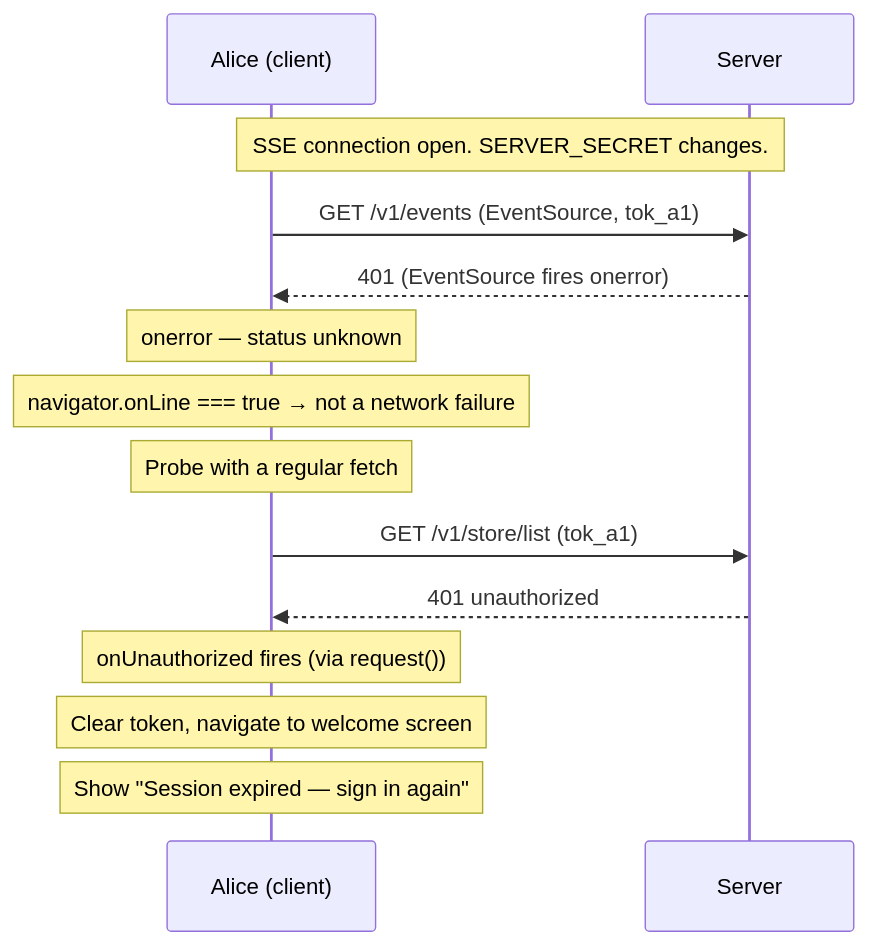
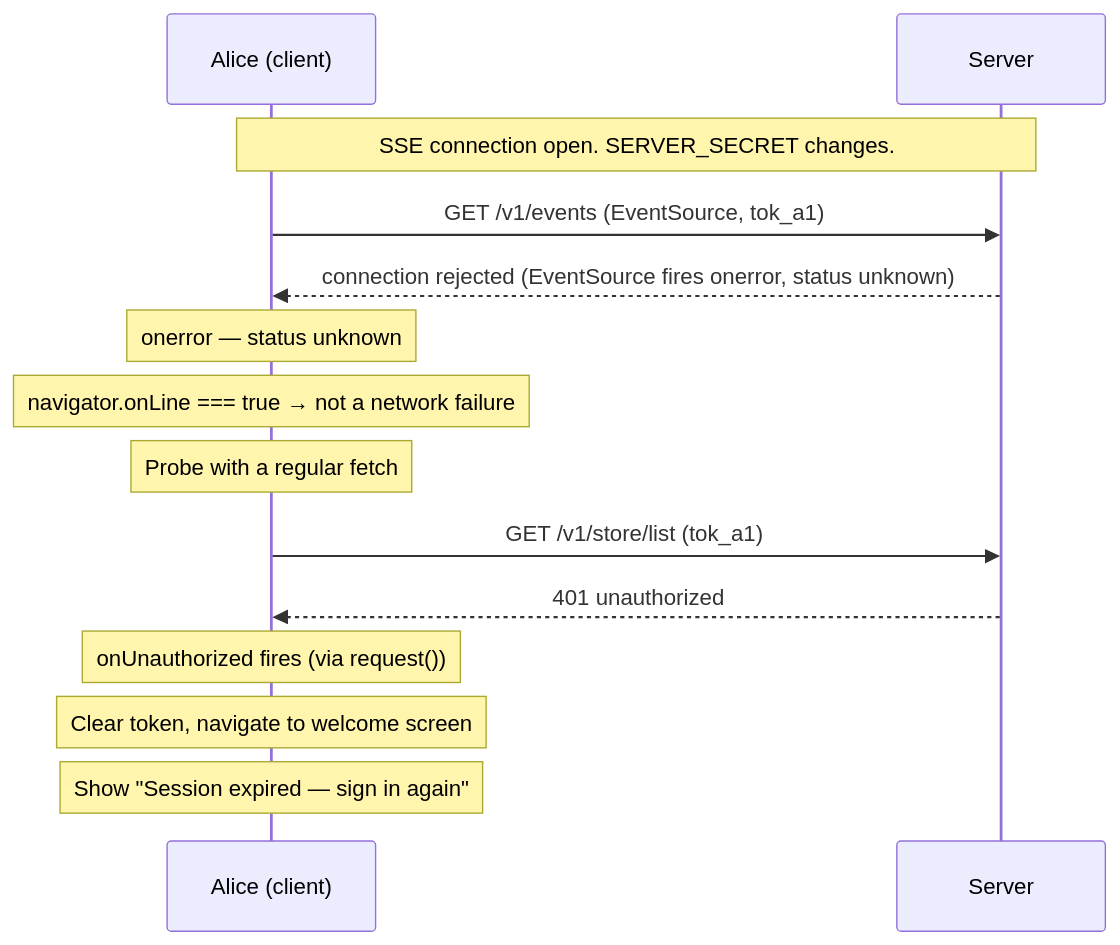
Before and after one commit to atmin/atmin.net: the second of 2 diagrams in docs/scenarios/invalid-token.md, drawn with Mermaid. The commit also changed 8 other files, not shown here.

````diff
--- a/docs/scenarios/invalid-token.md
+++ b/docs/scenarios/invalid-token.md
@@ -44,21 +44,21 @@
 ```mermaid
 sequenceDiagram
     participant A as Alice (client)
     participant S as Server
 
     note over A,S: SSE connection open. SERVER_SECRET changes.
 
     A->>S: GET /v1/events (EventSource, tok_a1)
-    S-->>A: 401 (EventSource fires onerror)
+    S-->>A: connection rejected (EventSource fires onerror, status unknown)
 
     note over A: onerror — status unknown
     note over A: navigator.onLine === true → not a network failure
     note over A: Probe with a regular fetch
 
     A->>S: GET /v1/store/list (tok_a1)
     S-->>A: 401 unauthorized
 
     note over A: onUnauthorized fires (via request())
     note over A: Clear token, navigate to welcome screen
     note over A: Show "Session expired — sign in again"
 ```
````
